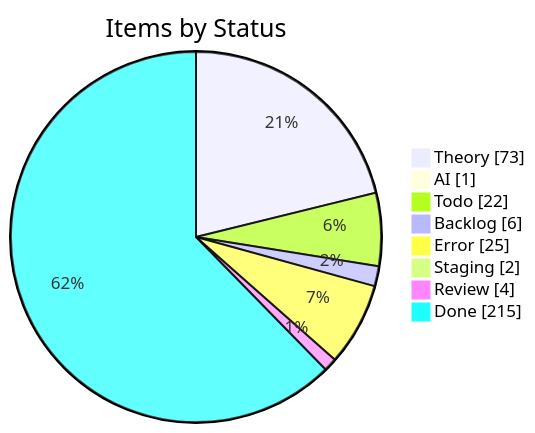
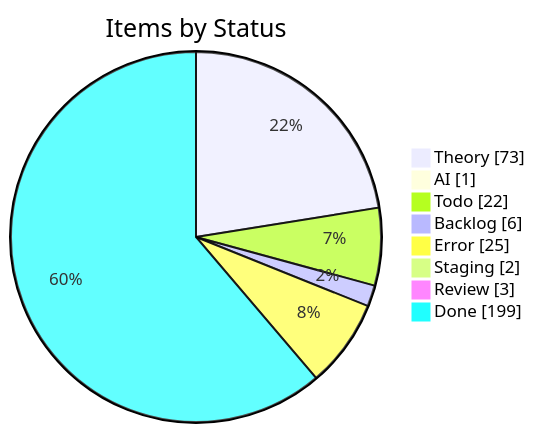
Before and after one commit to KBVE/kbve: the first of 4 diagrams in apps/kbve/astro-kbve/src/content/docs/dashboard/kanban-data.mdx, drawn with Mermaid. The commit also changed other lines of this file and 8 other files, not shown here.

````diff
--- a/apps/kbve/astro-kbve/src/content/docs/dashboard/kanban-data.mdx
+++ b/apps/kbve/astro-kbve/src/content/docs/dashboard/kanban-data.mdx
@@ -55,12 +55,12 @@
 ```mermaid
 pie showData
     title Items by Status
     "Theory" : 73
     "AI" : 1
     "Todo" : 22
     "Backlog" : 6
     "Error" : 25
     "Staging" : 2
-    "Review" : 4
-    "Done" : 215
+    "Review" : 3
+    "Done" : 199
 ```
````
